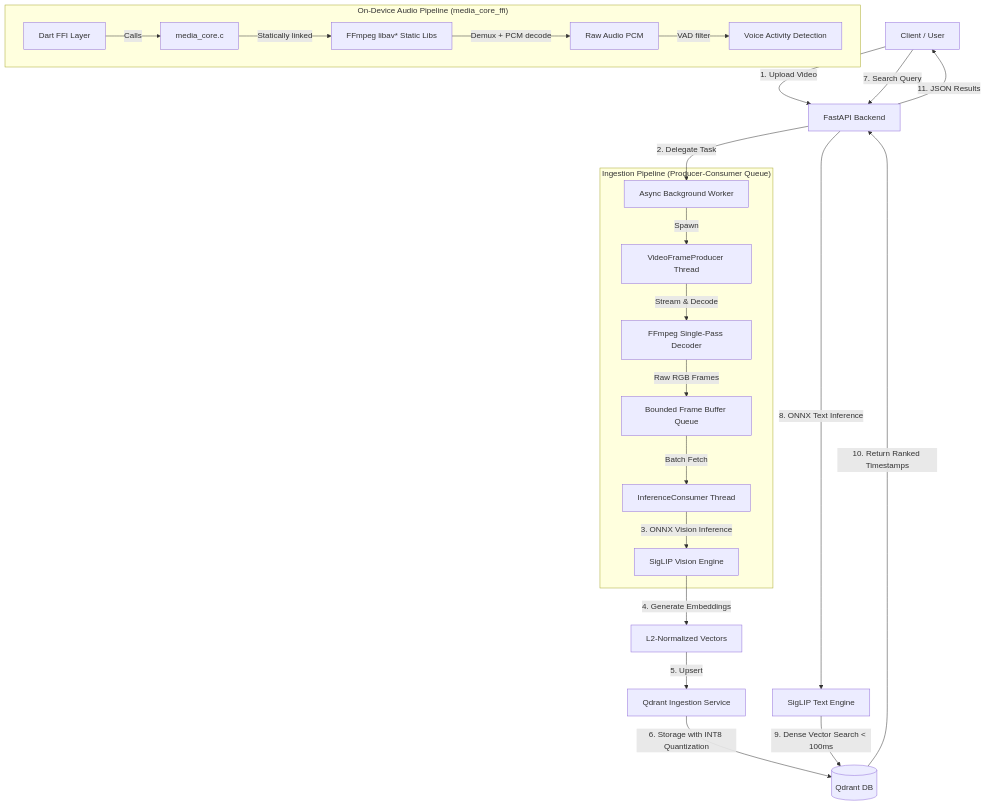
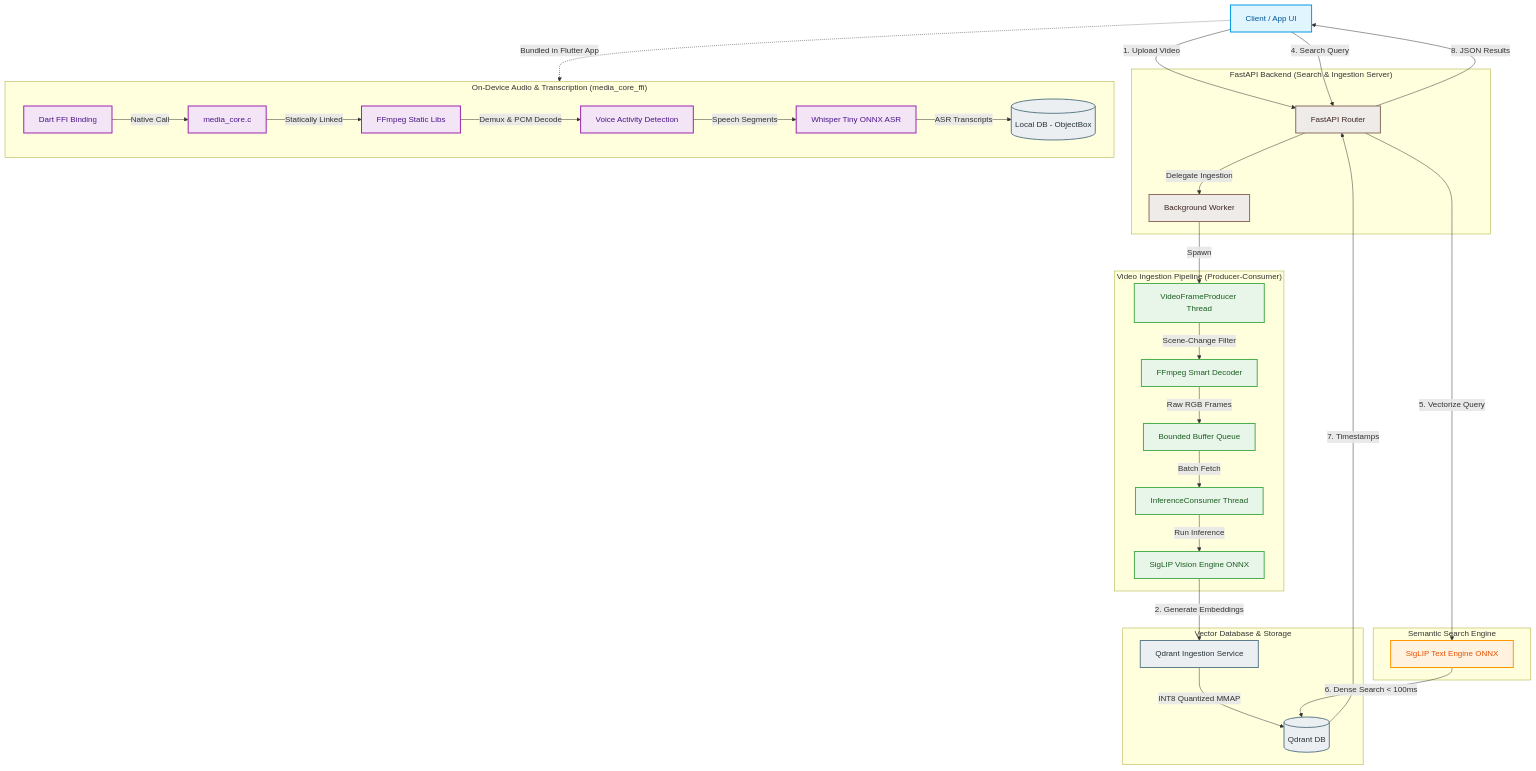
The diagram in README.md (Aniket-16-S/Semantic_Video_Search), drawn with Mermaid before and after one commit. The commit also changed 81 other files, not shown here.

````diff
--- a/README.md
+++ b/README.md
@@ -46,30 +46,76 @@
 ```mermaid
-graph TD
-    Client[Client / User] -->|1. Upload Video| API[FastAPI Backend]
-    API -->|2. Delegate Task| BG[Async Background Worker]
+flowchart TB
+    %% Styling
+    classDef client fill:#e1f5fe,stroke:#039be5,stroke-width:2px,color:#01579b;
+    classDef api fill:#efebe9,stroke:#8d6e63,stroke-width:2px,color:#3e2723;
+    classDef ingestion fill:#e8f5e9,stroke:#4caf50,stroke-width:2px,color:#1b5e20;
+    classDef search fill:#fff3e0,stroke:#ff9800,stroke-width:2px,color:#e65100;
+    classDef audio fill:#f3e5f5,stroke:#9c27b0,stroke-width:2px,color:#4a148c;
+    classDef db fill:#eceff1,stroke:#607d8b,stroke-width:2px,color:#263238;
 
-    subgraph IP["Ingestion Pipeline (Producer-Consumer Queue)"]
-        BG -->|Spawn| Prod[VideoFrameProducer Thread]
-        Prod -->|Stream & Decode| Decode[FFmpeg Single-Pass Decoder]
-        Decode -->|Raw RGB Frames| Queue[Bounded Frame Buffer Queue]
-        Queue -->|Batch Fetch| Cons[InferenceConsumer Thread]
-        Cons -->|3. ONNX Vision Inference| Models[SigLIP Vision Engine]
+    %% Client App
+    Client[Client / App UI]:::client
+
+    %% Backend Services Subgraph
+    subgraph Backend["FastAPI Backend (Search & Ingestion Server)"]
+        API[FastAPI Router]:::api
+        BG[Background Worker]:::api
+        API -->|Delegate Ingestion| BG
     end
 
-    Models -->|4. Generate Embeddings| Embeds[L2-Normalized Vectors]
-    Embeds -->|5. Upsert| QdrantService[Qdrant Ingestion Service]
-    QdrantService -->|6. Storage with INT8 Quantization| Qdrant[(Qdrant DB)]
+    %% Ingestion Pipeline
+    subgraph Ingestion["Video Ingestion Pipeline (Producer-Consumer)"]
+        Prod[VideoFrameProducer Thread]:::ingestion
+        Decode[FFmpeg Smart Decoder]:::ingestion
+        Queue[Bounded Buffer Queue]:::ingestion
+        Cons[InferenceConsumer Thread]:::ingestion
+        VisionEngine[SigLIP Vision Engine ONNX]:::ingestion
 
-    Client -->|7. Search Query| API
-    API -->|8. ONNX Text Inference| TextEngine[SigLIP Text Engine]
-    TextEngine -->|9. Dense Vector Search < 100ms| Qdrant
-    Qdrant -->|10. Return Ranked Timestamps| API
-    API -->|11. JSON Results| Client
+        BG -->|Spawn| Prod
+        Prod -->|Scene-Change Filter| Decode
+        Decode -->|Raw RGB Frames| Queue
+        Queue -->|Batch Fetch| Cons
+        Cons -->|Run Inference| VisionEngine
+    end
 
-    subgraph OnDevice["On-Device Audio Pipeline (media_core_ffi)"]
-        FFI[Dart FFI Layer] -->|Calls| NativeLib[media_core.c]
-        NativeLib -->|Statically linked| FFmpegLibs[FFmpeg libav* Static Libs]
-        FFmpegLibs -->|Demux + PCM decode| Audio[Raw Audio PCM]
-        Audio -->|VAD filter| VAD[Voice Activity Detection]
+    %% Search Pipeline
+    subgraph SearchFlow["Semantic Search Engine"]
+        TextEngine[SigLIP Text Engine ONNX]:::search
     end
+
+    %% Vector Database
+    subgraph VectorStore["Vector Database & Storage"]
+        Qdrant[(Qdrant DB)]:::db
+        QdrantService[Qdrant Ingestion Service]:::db
+        QdrantService -->|INT8 Quantized MMAP| Qdrant
+    end
+
+    %% On-Device Audio Pipeline
+    subgraph AudioPipeline["On-Device Audio & Transcription (media_core_ffi)"]
+        FFI[Dart FFI Binding]:::audio
+        NativeLib[media_core.c]:::audio
+        FFmpegLibs[FFmpeg Static Libs]:::audio
+        VAD[Voice Activity Detection]:::audio
+        Whisper[Whisper Tiny ONNX ASR]:::audio
+        LocalDB[(Local DB - ObjectBox)]:::db
+
+        FFI -->|Native Call| NativeLib
+        NativeLib -->|Statically Linked| FFmpegLibs
+        FFmpegLibs -->|Demux & PCM Decode| VAD
+        VAD -->|Speech Segments| Whisper
+        Whisper -->|ASR Transcripts| LocalDB
+    end
+
+    %% System Flows
+    Client -->|1. Upload Video| API
+    Client -->|4. Search Query| API
+    
+    VisionEngine -->|2. Generate Embeddings| QdrantService
+    API -->|5. Vectorize Query| TextEngine
+    TextEngine -->|6. Dense Search < 100ms| Qdrant
+    Qdrant -->|7. Timestamps| API
+    API -->|8. JSON Results| Client
+
+    %% App Integration Link
+    Client -.->|Bundled in Flutter App| AudioPipeline
 ```
````
